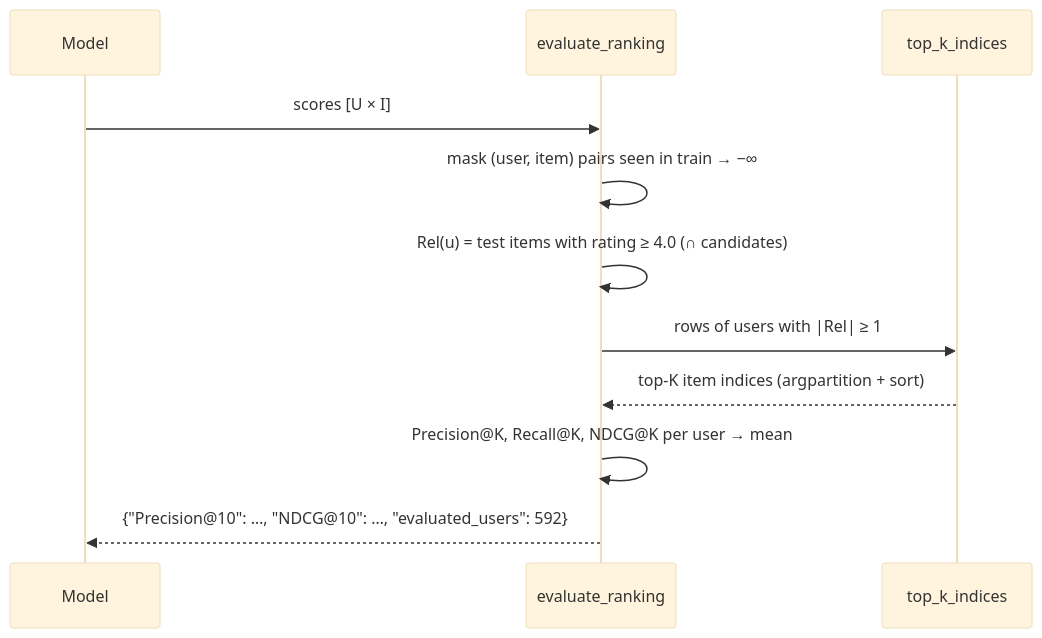
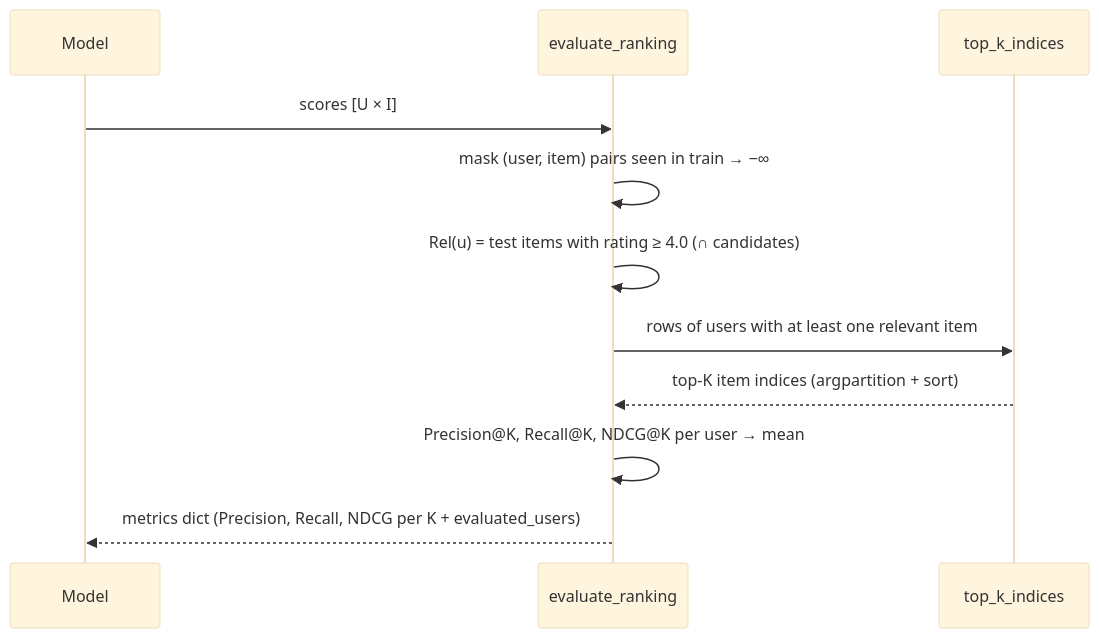
The fourth of 4 diagrams in docs/architecture.md (LouSens/movie-recommendation-system-ml), drawn with Mermaid (base theme) before and after one commit. The commit also changed other lines of this file and 4 other files, not shown here.

First line of the commit message:
Fix Mermaid diagrams on GitHub and remove Dicoding mentions from docs

````diff
--- a/docs/architecture.md
+++ b/docs/architecture.md
@@ -129,13 +129,13 @@
 ```mermaid
 sequenceDiagram
     participant M as Model
     participant E as evaluate_ranking
     participant K as top_k_indices
     M->>E: scores [U × I]
     E->>E: mask (user, item) pairs seen in train → −∞
     E->>E: Rel(u) = test items with rating ≥ 4.0 (∩ candidates)
-    E->>K: rows of users with |Rel| ≥ 1
+    E->>K: rows of users with at least one relevant item
     K-->>E: top-K item indices (argpartition + sort)
     E->>E: Precision@K, Recall@K, NDCG@K per user → mean
-    E-->>M: {"Precision@10": …, "NDCG@10": …, "evaluated_users": 592}
+    E-->>M: metrics dict (Precision, Recall, NDCG per K + evaluated_users)
 ```
````
